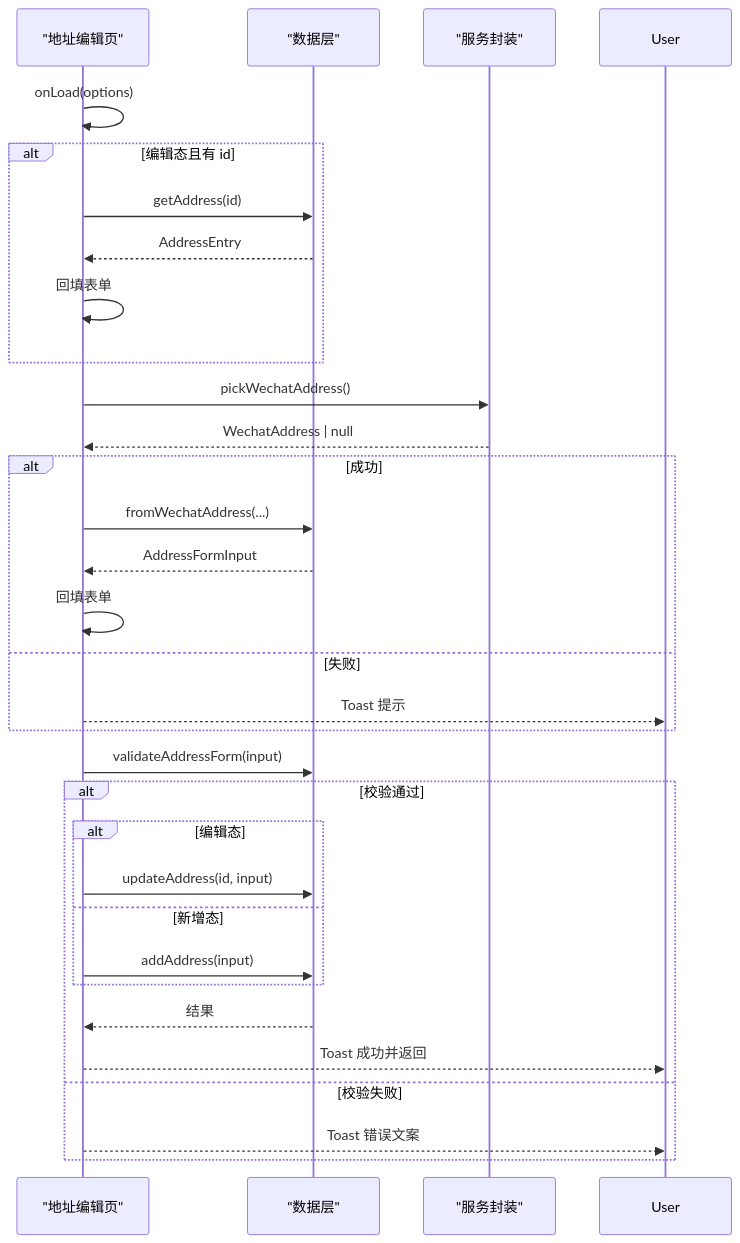
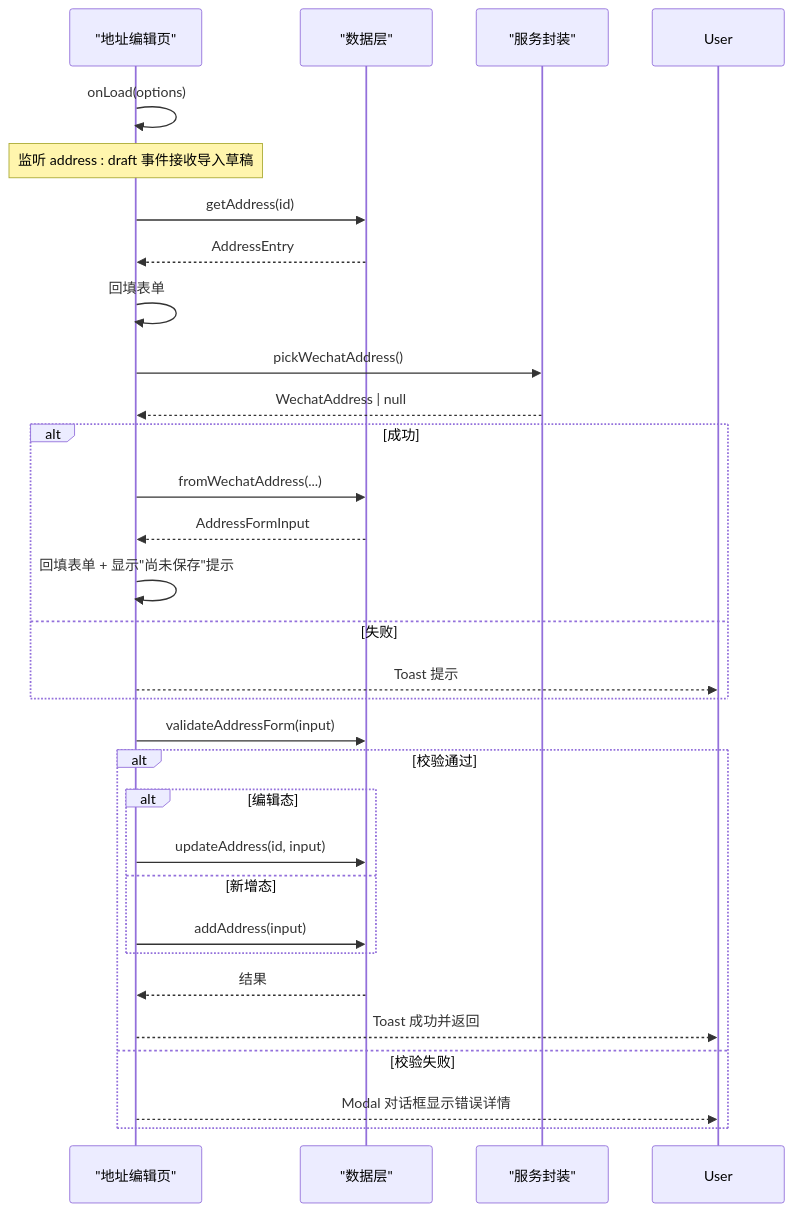
Before and after one commit to Ichi-Hackton/WAIC-WeChat-MiniProgram: the fifth of 7 diagrams in .qoder/repowiki/zh/content/用户界面/地址管理系统.md, drawn with Mermaid. The commit also changed other lines of this file and 28 other files, not shown here.

````diff
--- a/.qoder/repowiki/zh/content/用户界面/地址管理系统.md
+++ b/.qoder/repowiki/zh/content/用户界面/地址管理系统.md
@@ -240,33 +254,32 @@
 ```mermaid
 sequenceDiagram
 participant Page as "地址编辑页"
 participant Store as "数据层"
 participant Service as "服务封装"
 Page->>Page : onLoad(options)
-alt 编辑态且有 id
+Note over Page : 监听 address : draft 事件接收导入草稿
 Page->>Store : getAddress(id)
 Store-->>Page : AddressEntry
 Page->>Page : 回填表单
-end
 Page->>Service : pickWechatAddress()
 Service-->>Page : WechatAddress | null
 alt 成功
 Page->>Store : fromWechatAddress(...)
 Store-->>Page : AddressFormInput
-Page->>Page : 回填表单
+Page->>Page : 回填表单 + 显示"尚未保存"提示
 else 失败
 Page-->>User : Toast 提示
 end
 Page->>Store : validateAddressForm(input)
 alt 校验通过
 alt 编辑态
 Page->>Store : updateAddress(id, input)
 else 新增态
 Page->>Store : addAddress(input)
 end
 Store-->>Page : 结果
 Page-->>User : Toast 成功并返回
 else 校验失败
-Page-->>User : Toast 错误文案
+Page-->>User : Modal 对话框显示错误详情
 end
 ```
````
